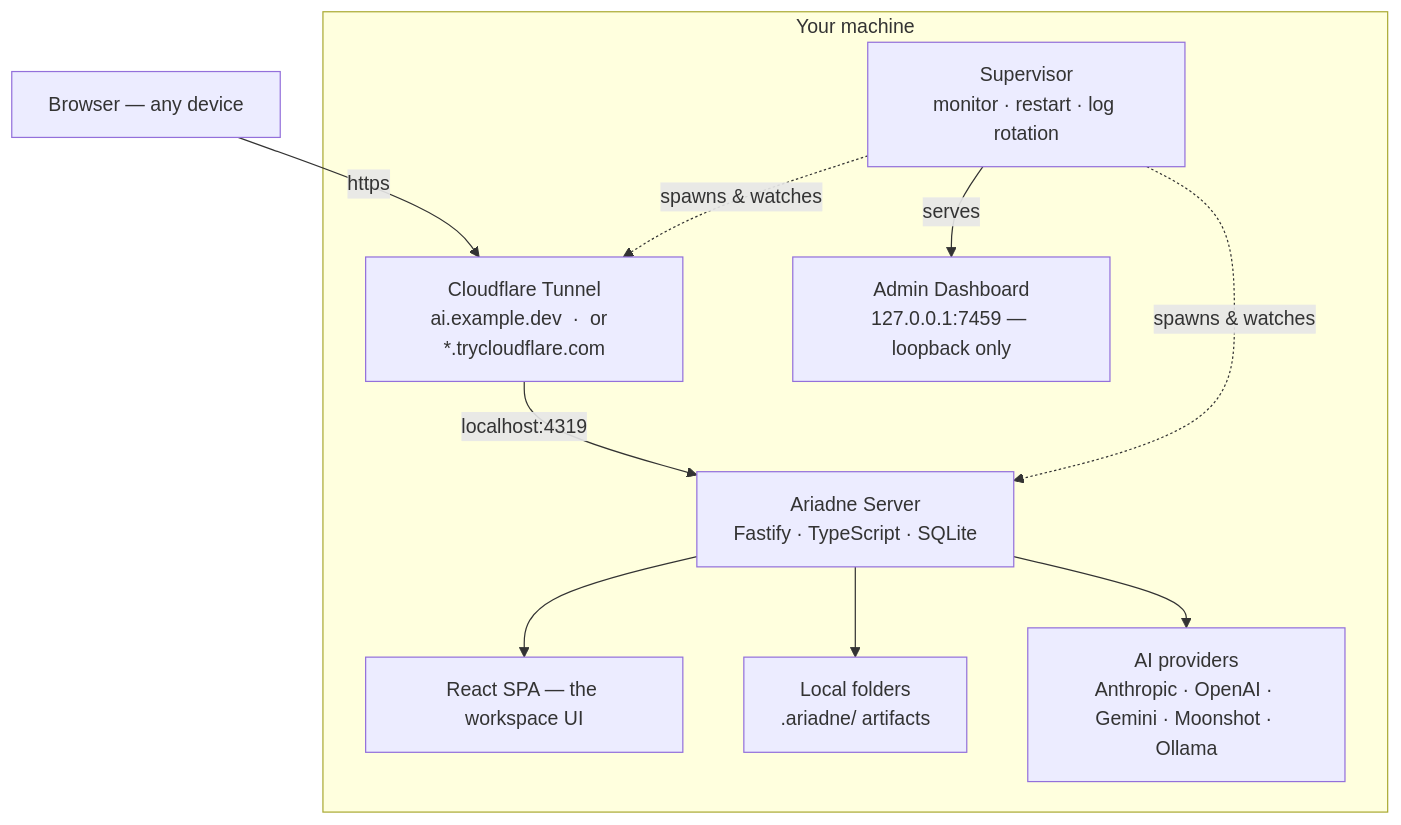
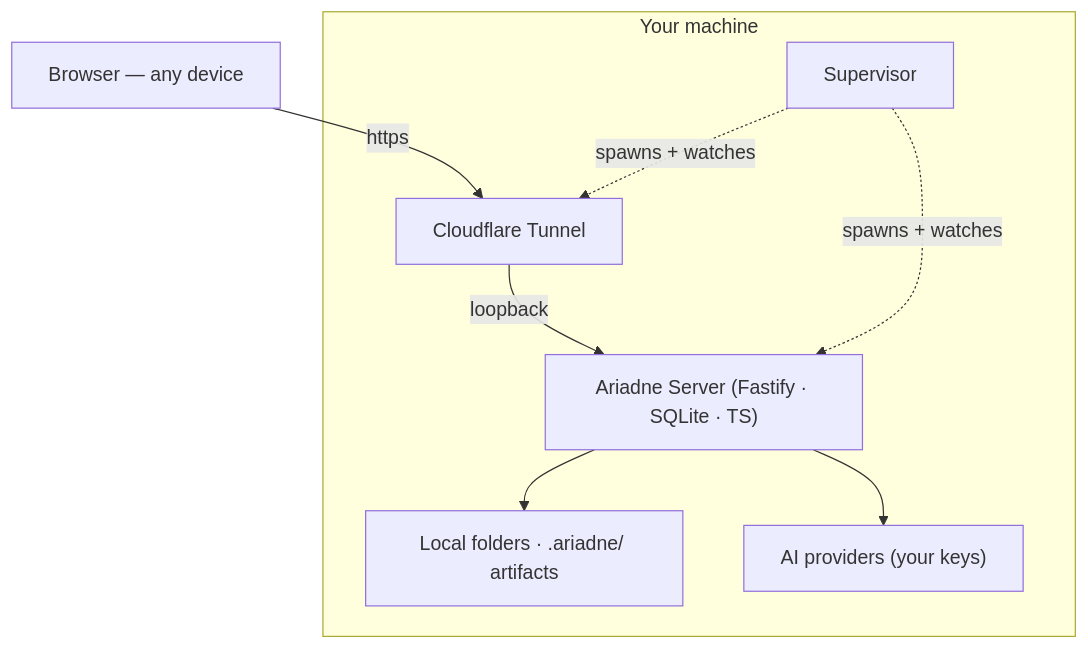
The diagram in README.md (KKWANH/ai-assistant), drawn with Mermaid before and after one commit. The commit also changed other lines of this file, not shown here.

````diff
--- a/README.md
+++ b/README.md
@@ -102,16 +167,11 @@
 ```mermaid
 flowchart TB
-    B["Browser — any device"]
-    B -->|https| CF["Cloudflare Tunnel\nai.example.dev  ·  or  *.trycloudflare.com"]
-
-    subgraph mac["Your machine"]
-        CF -->|localhost:4319| SRV["Ariadne Server\nFastify · TypeScript · SQLite"]
-        SUP["Supervisor\nmonitor · restart · log rotation"]
-        SUP -.spawns & watches.-> SRV
-        SUP -.spawns & watches.-> CF
-        SUP -->|serves| ADM["Admin Dashboard\n127.0.0.1:7459 — loopback only"]
-        SRV --> WEB["React SPA — the workspace UI"]
-        SRV --> AR["Local folders\n.ariadne/ artifacts"]
-        SRV --> AI["AI providers\nAnthropic · OpenAI · Gemini · Moonshot · Ollama"]
-    end
+  B["Browser — any device"] -->|https| CF["Cloudflare Tunnel"]
+  subgraph mac["Your machine"]
+    CF -->|loopback| SRV["Ariadne Server (Fastify · SQLite · TS)"]
+    SUP["Supervisor"] -.spawns + watches.-> SRV
+    SUP -.spawns + watches.-> CF
+    SRV --> AR["Local folders · .ariadne/ artifacts"]
+    SRV --> AI["AI providers (your keys)"]
+  end
 ```
````
